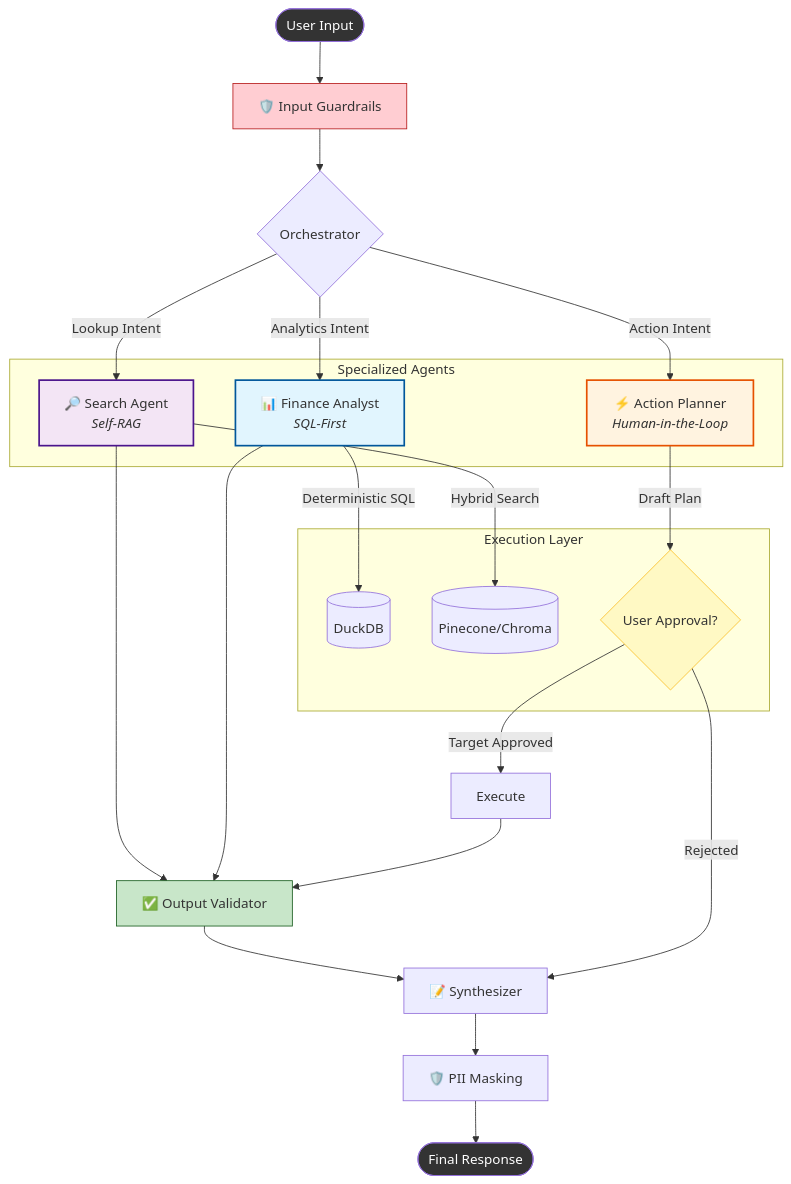
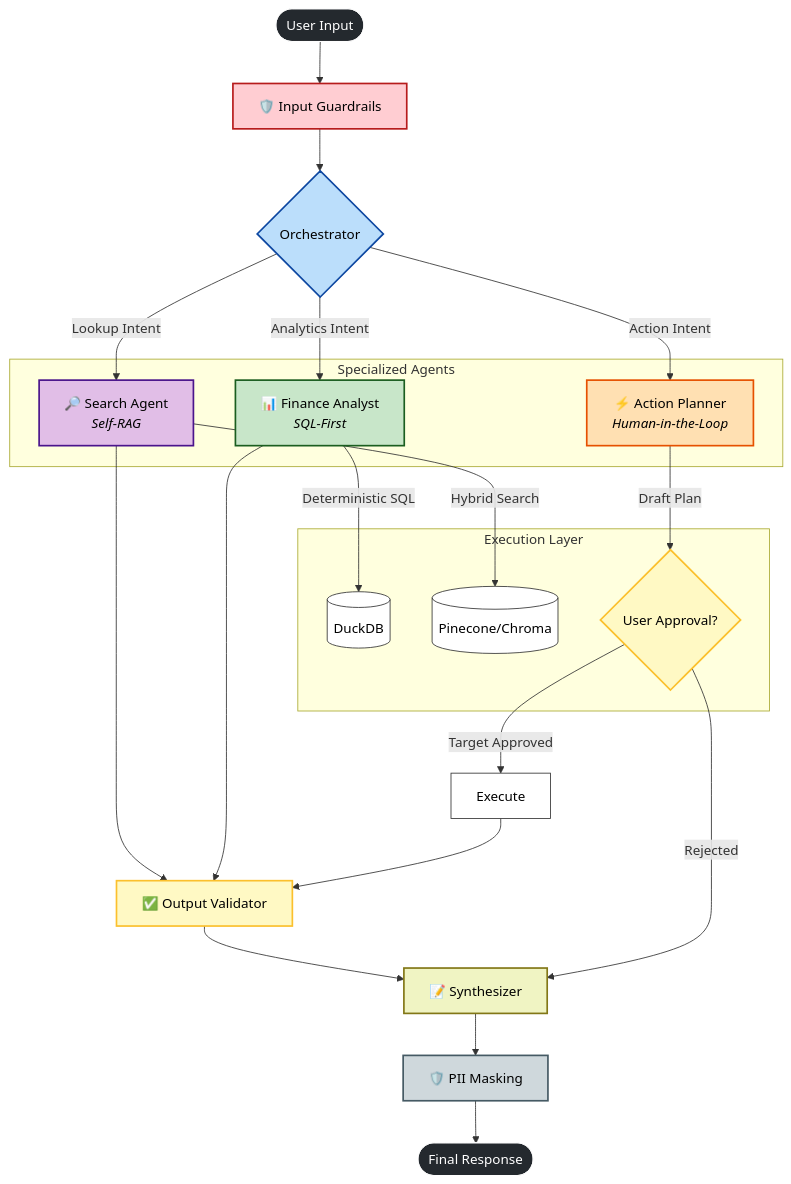
Before and after one commit to EminDurmuSS/finn-chatbot: the first of 3 diagrams in README.md, drawn with Mermaid.

Commit message:
docs: Fix mermaid diagram contrast for dark mode

````diff
--- a/README.md
+++ b/README.md
@@ -20,53 +20,65 @@
 ```mermaid
 graph TD
     %% Nodes
     User([User Input])
     Guard[🛡️ Input Guardrails]
     Router{Orchestrator}
     
     subgraph "Specialized Agents"
         style Fin fill:#e1f5fe,stroke:#01579b,stroke-width:2px
         style Search fill:#f3e5f5,stroke:#4a148c,stroke-width:2px
         style Planner fill:#fff3e0,stroke:#e65100,stroke-width:2px
         
         Fin[📊 Finance Analyst<br/><i>SQL-First</i>]
         Search[🔎 Search Agent<br/><i>Self-RAG</i>]
         Planner[⚡ Action Planner<br/><i>Human-in-the-Loop</i>]
     end
     
     subgraph "Execution Layer"
         DB[(DuckDB)]
         Vector[(Pinecone/Chroma)]
         Confirm{User Approval?}
     end
     
     Validator[✅ Output Validator]
     Syn[📝 Synthesizer]
     Mask[🛡️ PII Masking] 
     Output([Final Response])
 
     %% Flows
     User --> Guard --> Router
     
     Router -->|Analytics Intent| Fin
     Router -->|Lookup Intent| Search
     Router -->|Action Intent| Planner
     
     Fin -->|Deterministic SQL| DB
     Search -->|Hybrid Search| Vector
     Planner -->|Draft Plan| Confirm
     
     Confirm -->|Target Approved| Exec[Execute] --> Validator
     Confirm -->|Rejected| Syn
     
     Fin & Search --> Validator
     
     Validator --> Syn --> Mask --> Output
     
-    %% Styling
-    style User fill:#333,color:#fff
-    style Output fill:#333,color:#fff
-    style Guard fill:#ffcdd2,stroke:#b71c1c
-    style Validator fill:#c8e6c9,stroke:#1b5e20
-    style Confirm fill:#fff9c4,stroke:#fbc02d
+    %% Styling - Optimized for GitHub Dark & Light Modes
+    %% High Contrast: Black text on pastel backgrounds
+    classDef default color:#000,fill:#fff,stroke:#333;
+    
+    style User fill:#24292e,color:#fff,stroke:#fff
+    style Output fill:#24292e,color:#fff,stroke:#fff
+    
+    style Guard fill:#ffcdd2,color:#000,stroke:#b71c1c,stroke-width:2px
+    style Router fill:#bbdefb,color:#000,stroke:#0d47a1,stroke-width:2px
+    
+    style Fin fill:#c8e6c9,color:#000,stroke:#1b5e20,stroke-width:2px
+    style Search fill:#e1bee7,color:#000,stroke:#4a148c,stroke-width:2px
+    style Planner fill:#ffe0b2,color:#000,stroke:#e65100,stroke-width:2px
+    
+    style Validator fill:#fff9c4,color:#000,stroke:#fbc02d,stroke-width:2px
+    style Confirm fill:#fff9c4,color:#000,stroke:#fbc02d,stroke-width:2px
+    style Syn fill:#f0f4c3,color:#000,stroke:#827717,stroke-width:2px
+    style Mask fill:#cfd8dc,color:#000,stroke:#455a64,stroke-width:2px
 ```
````
